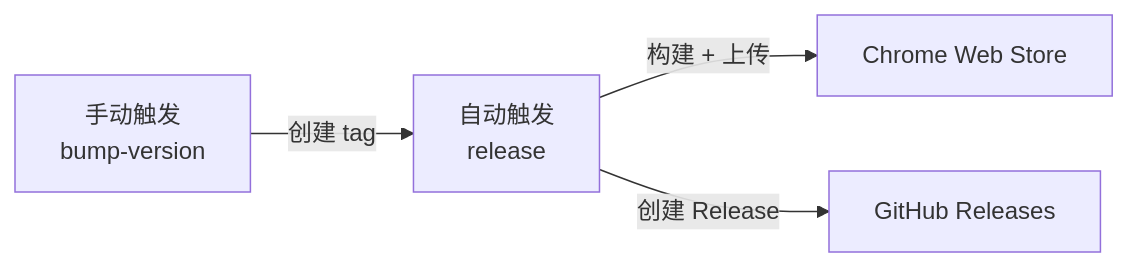
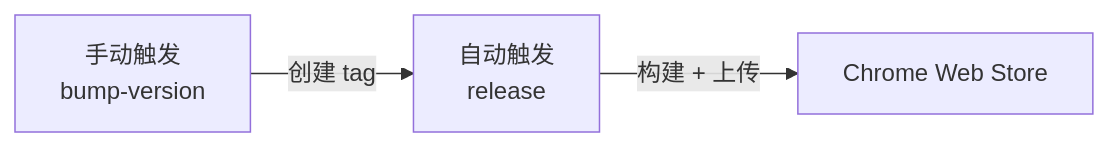
Before and after one commit to gwifloria/floria-whispers: the diagram in blog/zh/ByteNotes/GitHub Actions 自动发布 Chrome 扩展完全指南.md, drawn with Mermaid. The commit also changed other lines of this file, not shown here.

````diff
--- a/blog/zh/ByteNotes/GitHub Actions 自动发布 Chrome 扩展完全指南.md
+++ b/blog/zh/ByteNotes/GitHub Actions 自动发布 Chrome 扩展完全指南.md
@@ -30,6 +80,5 @@
 ```mermaid
 flowchart LR
     A[手动触发<br/>bump-version] -->|创建 tag| B[自动触发<br/>release]
     B -->|构建 + 上传| C[Chrome Web Store]
-    B -->|创建 Release| D[GitHub Releases]
 ```
````
